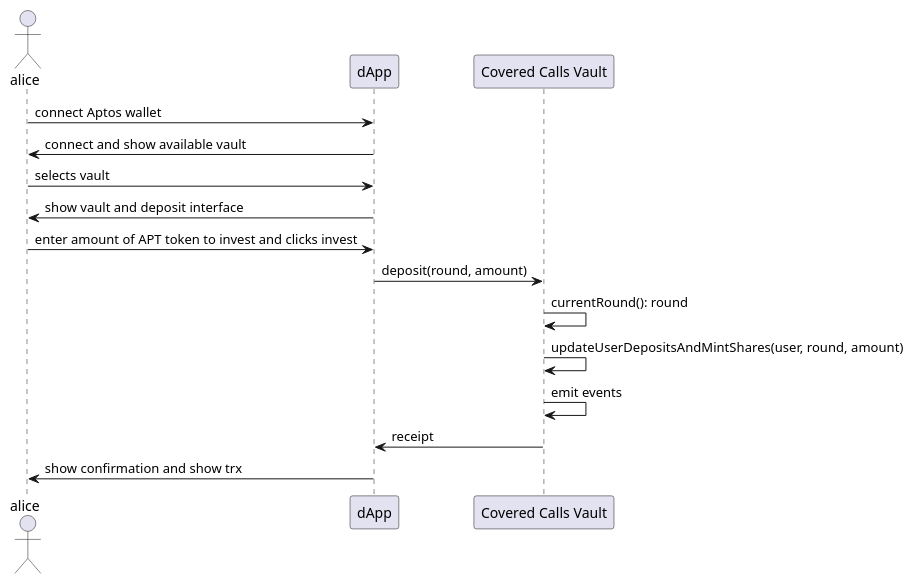
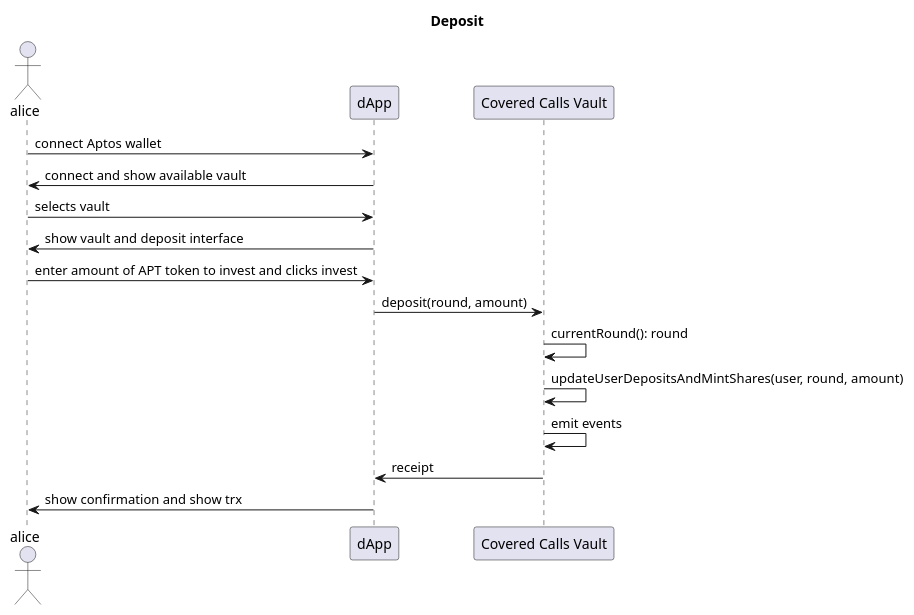
One commit to codebuster22/specifications changed the diagram in diagrams/src/deposit.puml. Above: the diagram before and after it, drawn with PlantUML. The commit also changed 3 other files, not shown here.

Commit message:
feat: add sequence diagrams

```diff
--- a/diagrams/src/deposit.puml
+++ b/diagrams/src/deposit.puml
@@ -1,19 +1,21 @@
 @startuml
+
+title "Deposit"
 
 actor alice
 participant "dApp" as dapp
 participant "Covered Calls Vault" as vault
 
 alice -> dapp : connect Aptos wallet
 dapp -> alice : connect and show available vault
 alice -> dapp : selects vault
 dapp -> alice : show vault and deposit interface
 alice -> dapp : enter amount of APT token to invest and clicks invest
 dapp -> vault : deposit(round, amount)
 vault -> vault : currentRound(): round
 vault -> vault : updateUserDepositsAndMintShares(user, round, amount)
 vault -> vault : emit events
 vault -> dapp : receipt
 dapp -> alice : show confirmation and show trx
 
 @enduml
```
